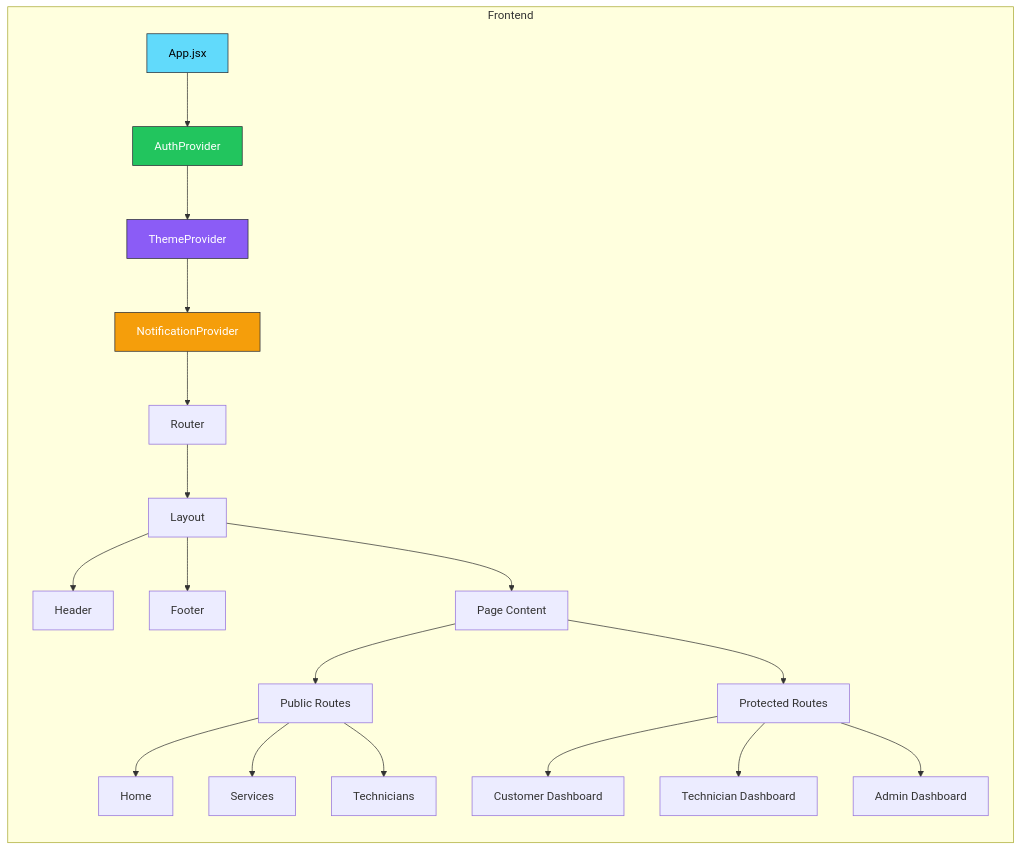
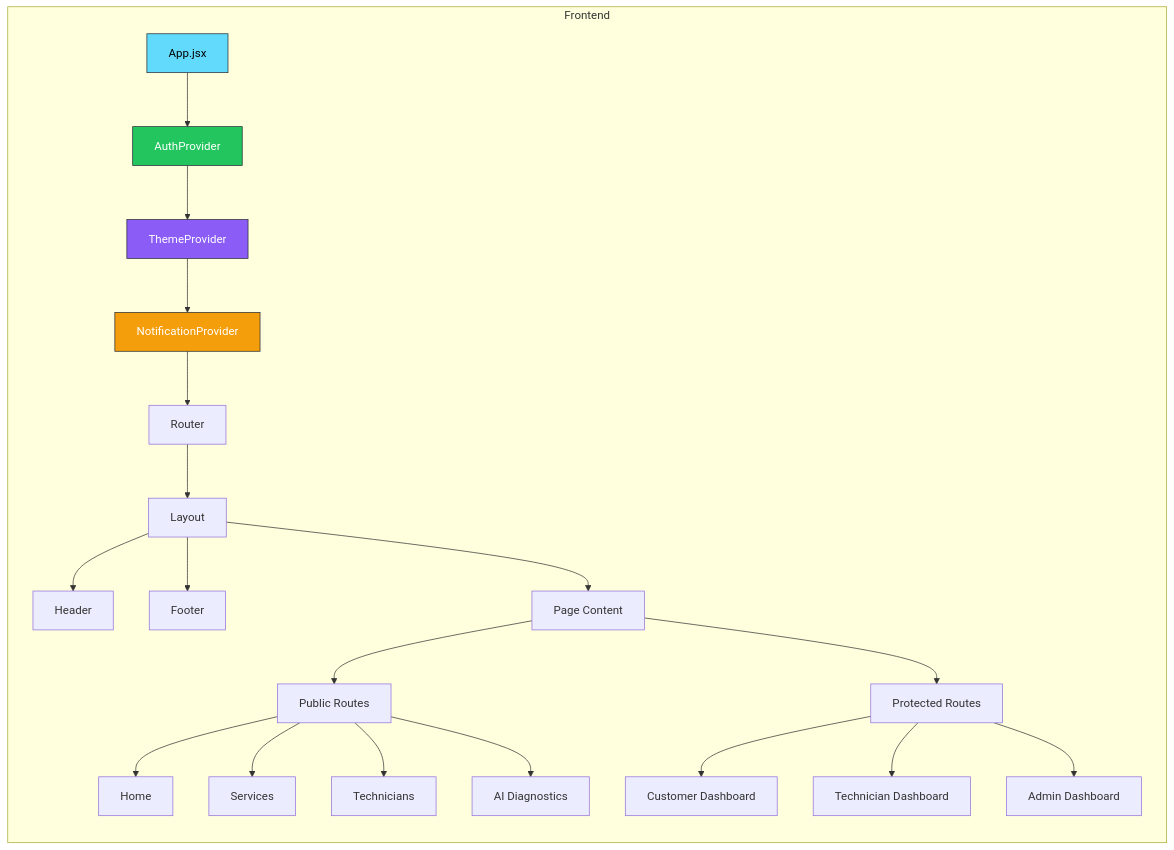
Before and after one commit to Irchika774/Tech-Care_official: the second of 13 diagrams in README.md, drawn with Mermaid. The commit also changed other lines of this file and 5 other files, not shown here.

````diff
--- a/README.md
+++ b/README.md
@@ -207,31 +115,31 @@
 ```mermaid
 graph LR
     subgraph Frontend
         A[App.jsx] --> B[AuthProvider]
         B --> C[ThemeProvider]
         C --> D[NotificationProvider]
         D --> E[Router]
         
         E --> F[Layout]
         F --> G[Header]
         F --> H[Footer]
         F --> I[Page Content]
         
         I --> J[Public Routes]
         I --> K[Protected Routes]
         
         J --> J1[Home]
         J --> J2[Services]
         J --> J3[Technicians]
-
+        J --> J4[AI Diagnostics]
         
         K --> K1[Customer Dashboard]
         K --> K2[Technician Dashboard]
         K --> K3[Admin Dashboard]
     end
     
     style A fill:#61dafb,stroke:#282c34,color:#000
     style B fill:#22c55e,stroke:#282c34,color:#fff
     style C fill:#8b5cf6,stroke:#282c34,color:#fff
     style D fill:#f59e0b,stroke:#282c34,color:#fff
 ```
````
